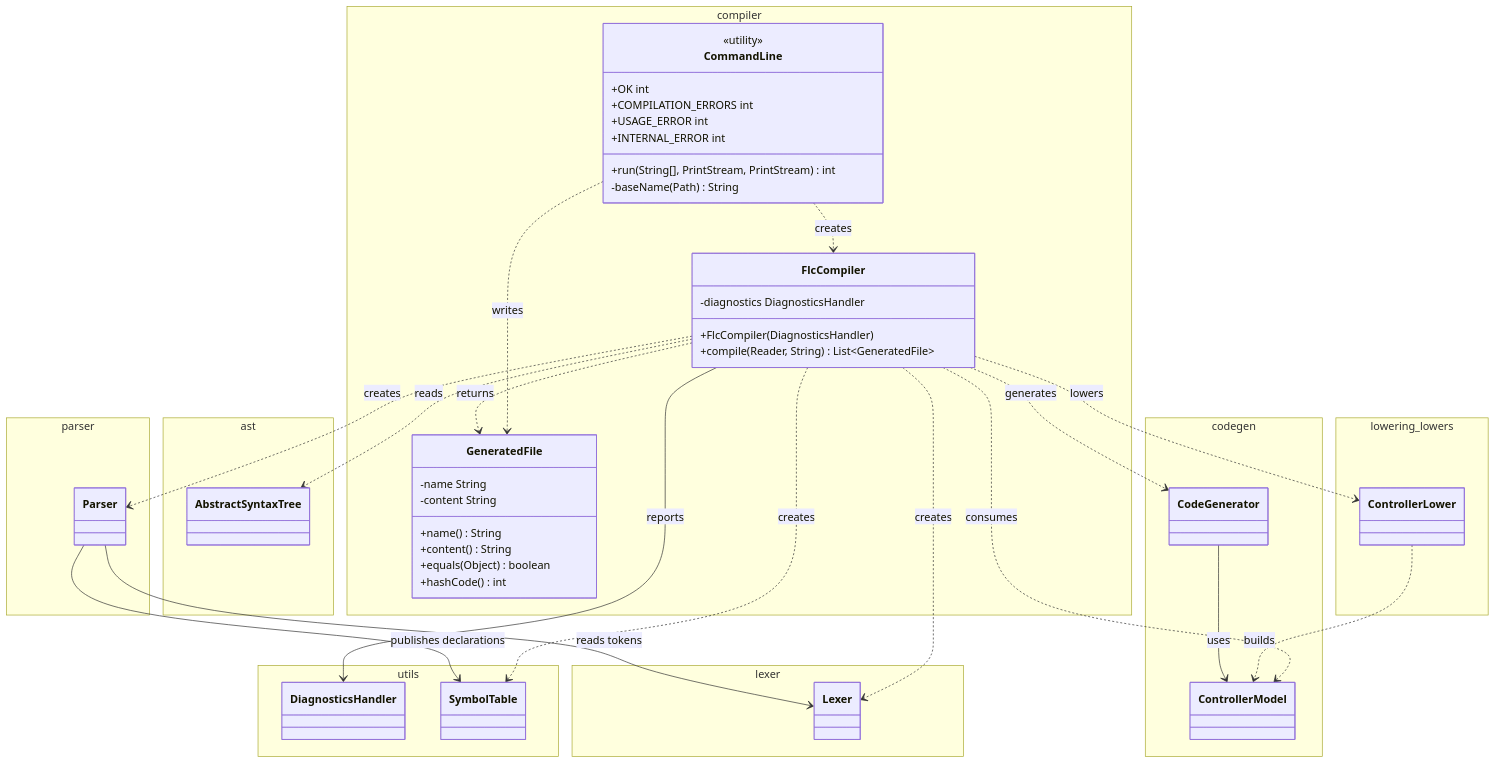
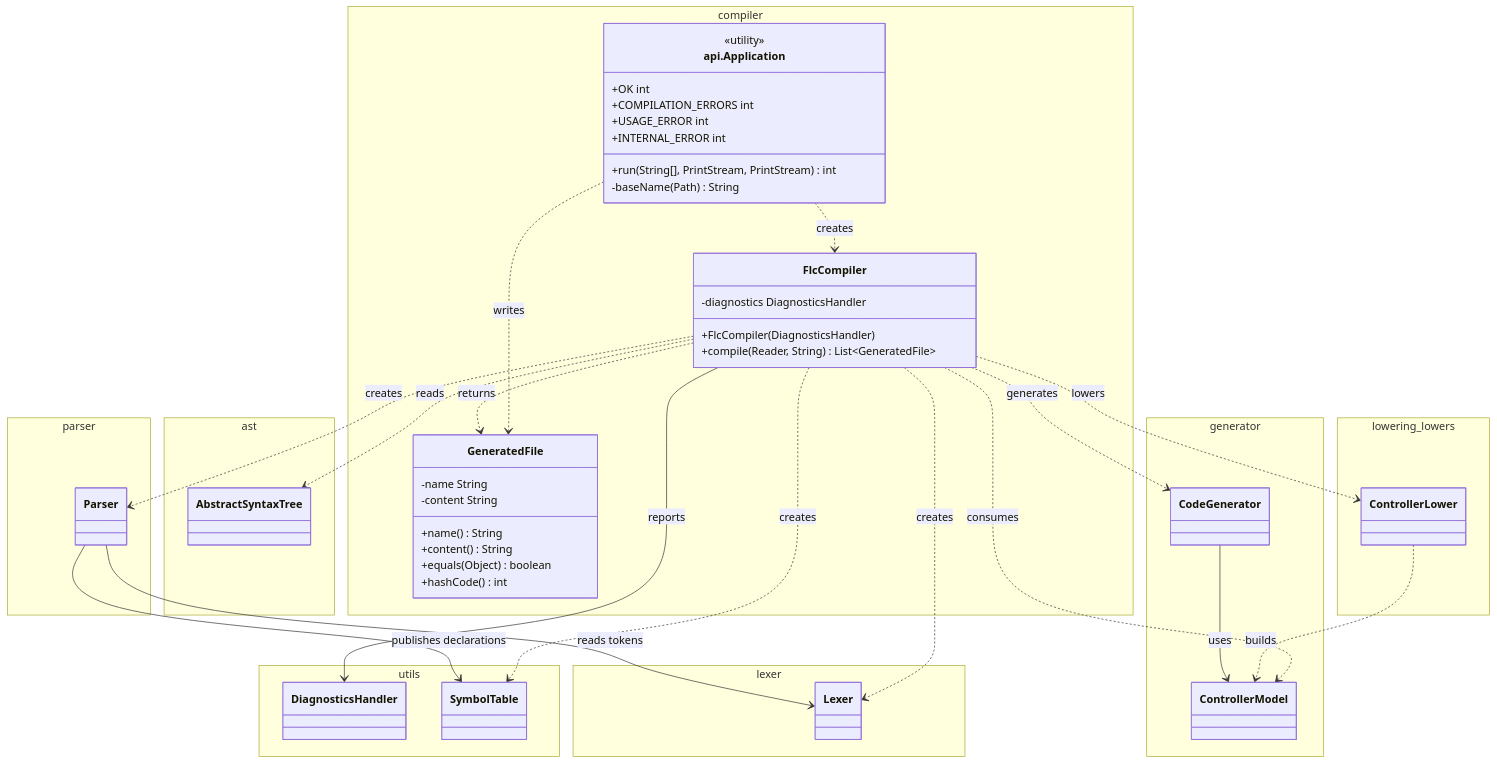
One commit to PascalUser/FLC-IEC61131-7 changed the second of 3 diagrams in doc/modules/compiler.md. Above: the diagram before and after it, drawn with Mermaid. The commit also changed other lines of this file and 537 other files, not shown here.

````diff
--- a/doc/modules/compiler.md
+++ b/doc/modules/compiler.md
@@ -64,62 +64,62 @@
 ```mermaid
 classDiagram
     namespace compiler {
-        class CommandLine {
+        class api.Application {
             <<utility>>
             +OK int
             +COMPILATION_ERRORS int
             +USAGE_ERROR int
             +INTERNAL_ERROR int
             +run(String[], PrintStream, PrintStream) int
             -baseName(Path) String
         }
         class FlcCompiler {
             -diagnostics DiagnosticsHandler
             +FlcCompiler(DiagnosticsHandler)
             +compile(Reader, String) List~GeneratedFile~
         }
         class GeneratedFile {
             -name String
             -content String
             +name() String
             +content() String
             +equals(Object) boolean
             +hashCode() int
         }
     }
     namespace ast {
         class AbstractSyntaxTree
     }
-    namespace codegen {
+    namespace generator {
         class CodeGenerator
         class ControllerModel
     }
     namespace lexer {
         class Lexer
     }
     namespace lowering_lowers {
         class ControllerLower
     }
     namespace parser {
         class Parser
     }
     namespace utils {
         class DiagnosticsHandler
         class SymbolTable
     }
-    CommandLine ..> FlcCompiler : creates
-    CommandLine ..> GeneratedFile : writes
+    api.Application ..> FlcCompiler : creates
+    api.Application ..> GeneratedFile : writes
     FlcCompiler --> DiagnosticsHandler : reports
     FlcCompiler ..> Lexer : creates
     FlcCompiler ..> Parser : creates
     FlcCompiler ..> SymbolTable : creates
     FlcCompiler ..> AbstractSyntaxTree : reads
     FlcCompiler ..> ControllerLower : lowers
     FlcCompiler ..> ControllerModel : consumes
     FlcCompiler ..> CodeGenerator : generates
     FlcCompiler ..> GeneratedFile : returns
     Parser --> Lexer : reads tokens
     Parser --> SymbolTable : publishes declarations
     ControllerLower ..> ControllerModel : builds
     CodeGenerator --> ControllerModel : uses
 ```
````
